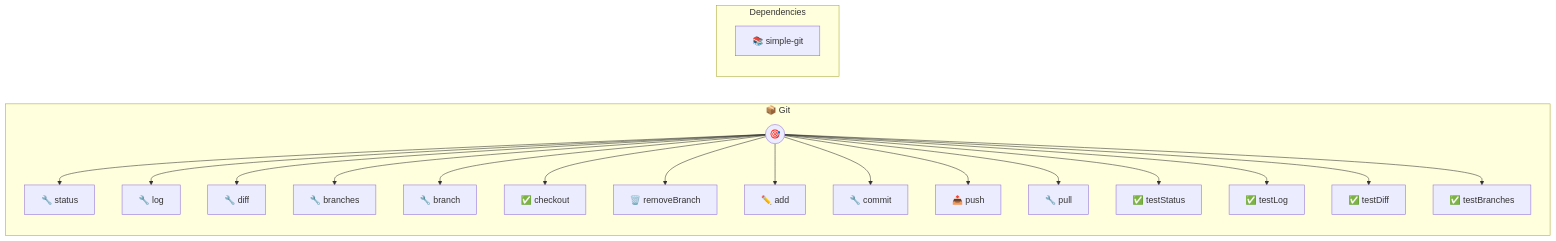
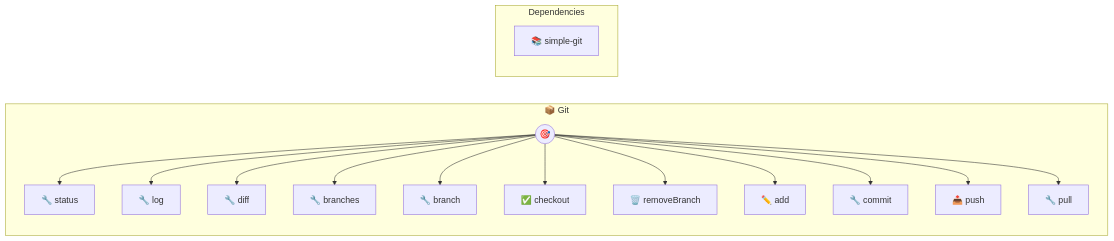
The diagram in git.md (portel-dev/photons), drawn with Mermaid before and after one commit. The commit also changed other lines of this file and 34 other files, not shown here.

````diff
--- a/git.md
+++ b/git.md
@@ -267,42 +223,34 @@
 ```mermaid
 flowchart LR
     subgraph git["📦 Git"]
         direction TB
         PHOTON((🎯))
         T0[🔧 status]
         PHOTON --> T0
         T1[🔧 log]
         PHOTON --> T1
         T2[🔧 diff]
         PHOTON --> T2
         T3[🔧 branches]
         PHOTON --> T3
         T4[🔧 branch]
         PHOTON --> T4
         T5[✅ checkout]
         PHOTON --> T5
         T6[🗑️ removeBranch]
         PHOTON --> T6
         T7[✏️ add]
         PHOTON --> T7
         T8[🔧 commit]
         PHOTON --> T8
         T9[📤 push]
         PHOTON --> T9
         T10[🔧 pull]
         PHOTON --> T10
-        T11[✅ testStatus]
-        PHOTON --> T11
-        T12[✅ testLog]
-        PHOTON --> T12
-        T13[✅ testDiff]
-        PHOTON --> T13
-        T14[✅ testBranches]
-        PHOTON --> T14
     end
 
     subgraph deps["Dependencies"]
         direction TB
         NPM0[📚 simple-git]
     end
 ```
````
